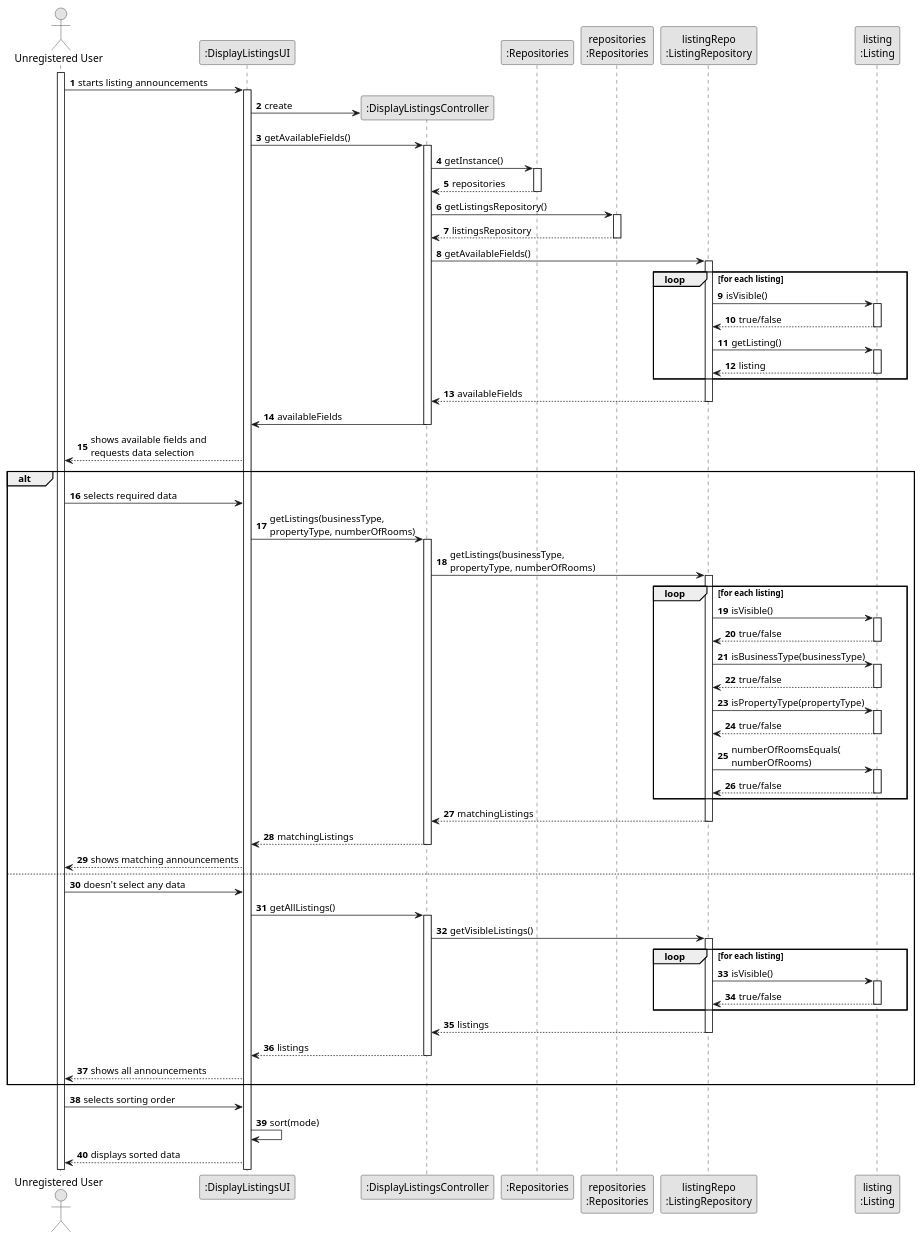
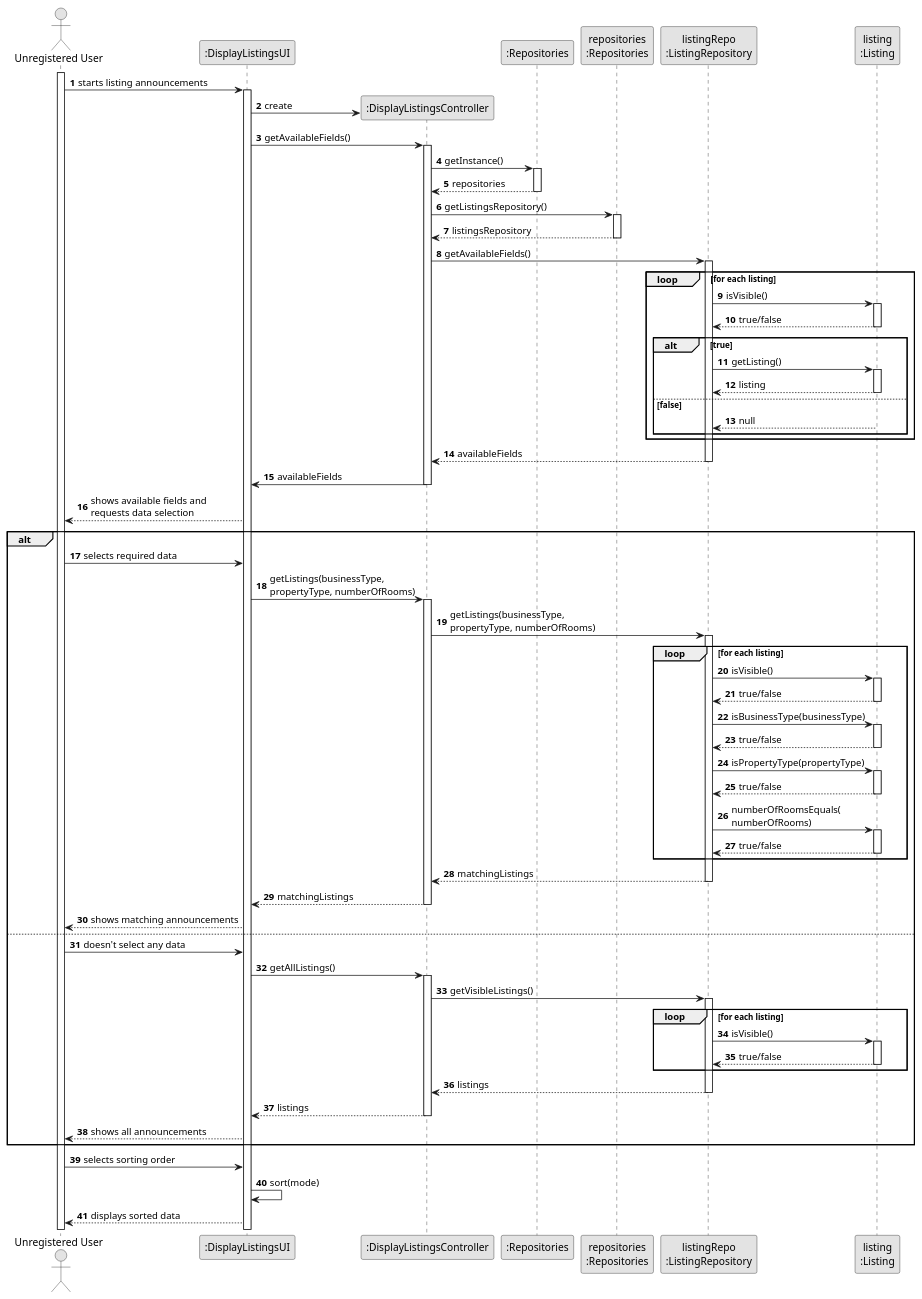
One commit to tiagohcorreia/LAPR2 changed the diagram in docs/sprintB/US001/03.design/puml/us001-sequence-diagram-full.puml. Above: the diagram before and after it, drawn with PlantUML. The commit also changed 5 other files, not shown here.

```diff
--- a/docs/sprintB/US001/03.design/puml/us001-sequence-diagram-full.puml
+++ b/docs/sprintB/US001/03.design/puml/us001-sequence-diagram-full.puml
@@ -1,119 +1,123 @@
 @startuml
 skinparam monochrome true
 skinparam packageStyle rectangle
 skinparam shadowing false
 
 autonumber
 
 'hide footbox
 actor "Unregistered User" as UR
 participant ":DisplayListingsUI" as UI
 participant ":DisplayListingsUI" as UI
 participant ":DisplayListingsController" as CTRL
 participant ":Repositories" as reposclass
 participant "repositories\n:Repositories" as repositories
 participant "listingRepo\n:ListingRepository" as LRepo
 participant "listing\n:Listing" as listing
 
 
 
 activate UR
 UR -> UI: starts listing announcements
 activate UI
 UI -> CTRL**: create
 UI -> CTRL: getAvailableFields()
 activate CTRL
 
 CTRL -> reposclass: getInstance()
 activate reposclass
 reposclass --> CTRL: repositories
 deactivate reposclass
 CTRL -> repositories: getListingsRepository()
 activate repositories
 repositories --> CTRL: listingsRepository
 deactivate repositories
 CTRL -> LRepo: getAvailableFields()
 activate LRepo
 loop for each listing
 LRepo -> listing: isVisible()
 activate listing
 return true/false
 'LRepo -> listing: getBusinessType()
+alt true
 LRepo -> listing: getListing()
 activate listing
 return listing
+else false
+listing --> LRepo: null
+end
 'listing --> LRepo: businessType
 'LRepo -> listing: getPropertyType()
 'listing --> LRepo: propertyType
 'LRepo -> listing: getNumberOfRooms()
 'listing --> LRepo: numberOfRooms
 deactivate listing
 end
 LRepo --> CTRL: availableFields
 deactivate LRepo
 
 CTRL -> UI: availableFields
 deactivate CTRL
 
 UI --> UR: shows available fields and\nrequests data selection
 alt
 UR -> UI: selects required data
 UI -> CTRL: getListings(businessType,\npropertyType, numberOfRooms)
 activate CTRL
 CTRL -> LRepo: getListings(businessType,\npropertyType, numberOfRooms)
 activate LRepo
 loop for each listing
 LRepo -> listing: isVisible()
 activate listing
 return true/false
 deactivate listing
 LRepo -> listing: isBusinessType(businessType)
 activate listing
 return true/false
 deactivate listing
 
 LRepo -> listing: isPropertyType(propertyType)
 activate listing
 return true/false
 deactivate listing
 
 LRepo -> listing: numberOfRoomsEquals(\nnumberOfRooms)
 activate listing
 return true/false
 deactivate listing
 
 
 end
 
 LRepo --> CTRL: matchingListings
 deactivate LRepo
 CTRL --> UI: matchingListings
 deactivate CTRL
 UI --> UR: shows matching announcements
 else
 UR -> UI: doesn't select any data
 UI -> CTRL: getAllListings()
 activate CTRL
 CTRL -> LRepo: getVisibleListings()
 activate LRepo
 loop for each listing
 LRepo -> listing: isVisible()
 activate listing
 return true/false
 deactivate listing
 end
 LRepo --> CTRL: listings
 deactivate LRepo
 
 CTRL --> UI: listings
 deactivate CTRL
 UI --> UR: shows all announcements
 
 end 'ALT fragment end
 
 UR -> UI: selects sorting order
 UI -> UI: sort(mode)
 UI --> UR: displays sorted data
 
 
 @enduml
```
